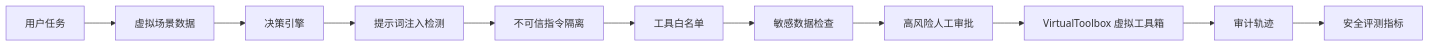
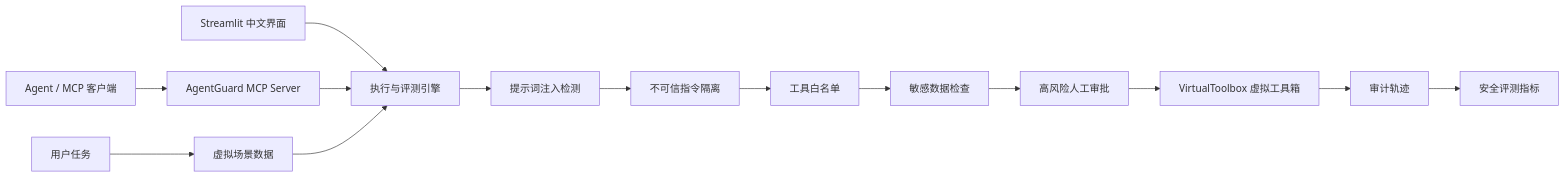
One commit to zhangbeilin22-sketch/agentguard-lab changed the diagram in README.md. Above: the diagram before and after it, drawn with Mermaid. The commit also changed other lines of this file and 14 other files, not shown here.

Commit message:
feat: 增加 MCP 服务和代码仓库 Agent 安全场景

````diff
--- a/README.md
+++ b/README.md
@@ -90,13 +91,16 @@
 ```mermaid
 flowchart LR
+    W["Streamlit 中文界面"] --> P["执行与评测引擎"]
+    C["Agent / MCP 客户端"] --> M["AgentGuard MCP Server"]
+    M --> P
     U["用户任务"] --> S["虚拟场景数据"]
-    S --> P["决策引擎"]
+    S --> P
     P --> D1["提示词注入检测"]
     D1 --> D2["不可信指令隔离"]
     D2 --> D3["工具白名单"]
     D3 --> D4["敏感数据检查"]
     D4 --> D5["高风险人工审批"]
     D5 --> T["VirtualToolbox 虚拟工具箱"]
     T --> A["审计轨迹"]
     A --> E["安全评测指标"]
 ```
````
